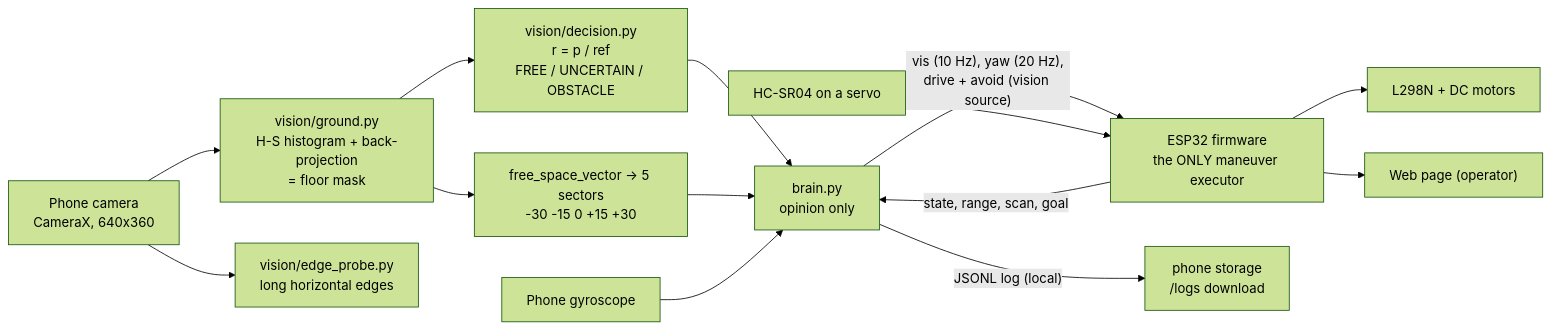
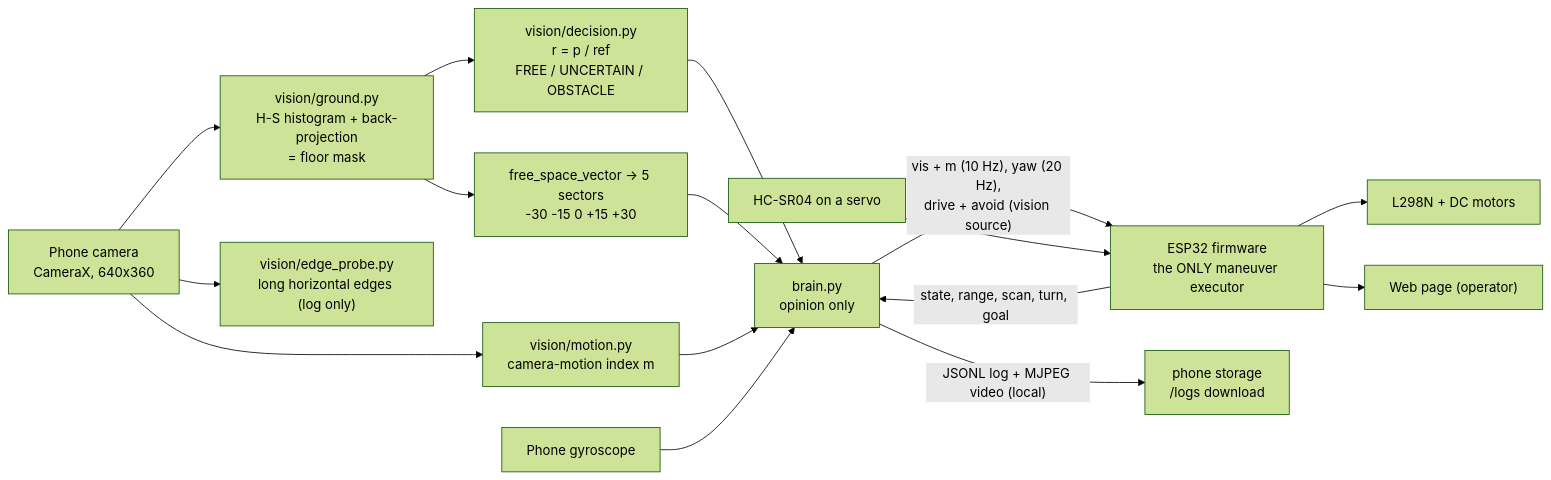
Before and after one commit to allvaret/esp32-self-driving-car: the diagram in docs/architecture.md, drawn with Mermaid (forest theme). The commit also changed other lines of this file and 22 other files, not shown here.

````diff
--- a/docs/architecture.md
+++ b/docs/architecture.md
@@ -3,16 +3,18 @@
 ```mermaid
 flowchart LR
     CAM["Phone camera<br/>CameraX, 640x360"] --> G["vision/ground.py<br/>H-S histogram + back-projection<br/>= floor mask"]
-    CAM --> E["vision/edge_probe.py<br/>long horizontal edges"]
+    CAM --> E["vision/edge_probe.py<br/>long horizontal edges (log only)"]
+    CAM --> MO["vision/motion.py<br/>camera-motion index m"]
     G --> D["vision/decision.py<br/>r = p / ref<br/>FREE / UNCERTAIN / OBSTACLE"]
     G --> V["free_space_vector -> 5 sectors<br/>-30 -15 0 +15 +30"]
     D --> B["brain.py<br/>opinion only"]
     V --> B
+    MO --> B
     GY["Phone gyroscope"] --> B
-    B -- "vis (10 Hz), yaw (20 Hz),<br/>drive + avoid (vision source)" --> F["ESP32 firmware<br/>the ONLY maneuver executor"]
-    F -- "state, range, scan, goal" --> B
+    B -- "vis + m (10 Hz), yaw (20 Hz),<br/>drive + avoid (vision source)" --> F["ESP32 firmware<br/>the ONLY maneuver executor"]
+    F -- "state, range, scan, turn, goal" --> B
     F --> M["L298N + DC motors"]
     S["HC-SR04 on a servo"] --> F
     F --> W["Web page (operator)"]
-    B -- "JSONL log (local)" --> L["phone storage<br/>/logs download"]
+    B -- "JSONL log + MJPEG video (local)" --> L["phone storage<br/>/logs download"]
 ```
````
